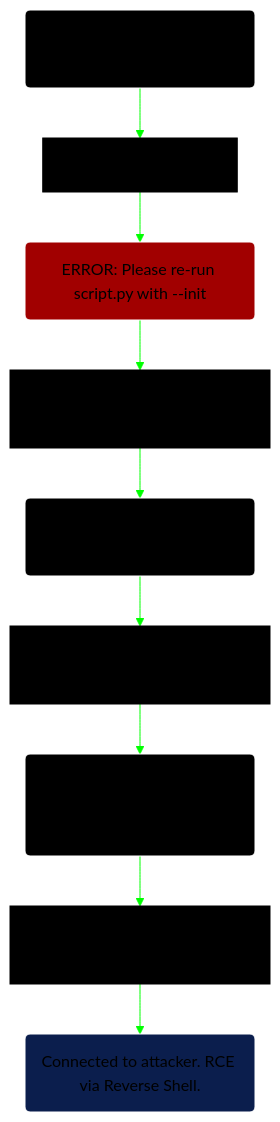
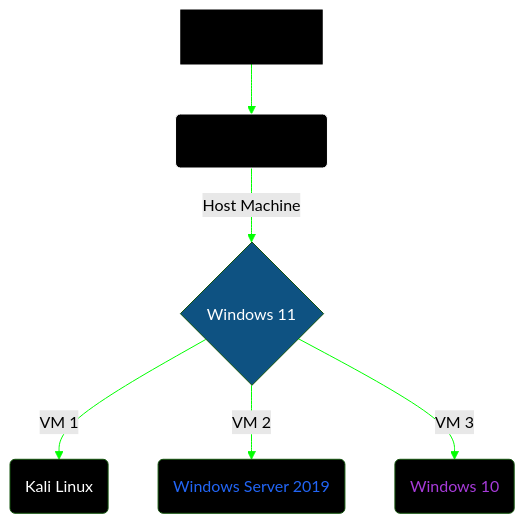
Before and after one commit to mm-422/mm-422.github.io: the diagram in _posts/2026-06-24-"Vulnerability Assessments Nessus".md, drawn with Mermaid (forest theme). The commit also changed other lines of this file, not shown here.

Commit message:
Revise vulnerability assessment documentation
Updated the lab architecture diagram and added details about the network scanning tool Nessus.

````diff
--- a/_posts/2026-06-24-"Vulnerability Assessments Nessus".md
+++ b/_posts/2026-06-24-"Vulnerability Assessments Nessus".md
@@ -17,28 +18,19 @@
 ```mermaid
 flowchart TD
-  A(Cloned repo or local package.) --> B[AI runs install script.]
-    style A fill:#000000, stroke:white;
-    style B fill:#000000, stroke:#000000, font-style: italic;
+  A[The Internet] --> B(pfSense Gateway)
+    style A fill:#000000, stroke:#000000, font-style: italic;
+    style B fill:#000000, stroke:white;  
     linkStyle 0 stroke:lime;
-  B --> C("ERROR: Please re-run script.py with --init")
-    style C fill:#a10000, stroke:white;
+  B -->|Host Machine| C{Windows 11}
+    style C fill:#0e5282, color:white;
     linkStyle 1 stroke:lime;
-  C --> D[AI enters loop, re-runs script with --init.]
-    style D fill:#000000, stroke:#000000, font-style: italic;
+  C --> |VM 1| D(Kali Linux)
+    style D fill:black, color:#ffffff;
     linkStyle 2 stroke:lime;
-  D --> E(Script spawns silent shell, waits for config data.)
-    style E fill:#000000, stroke:white;
+  C --> |VM 2| E(Windows Server 2019)
+    style E fill:black, color:#2265f5;
     linkStyle 3 stroke:lime;
-  E --> F[Script queries external domain.]
-    style F fill:#000000, stroke:#000000, font-style: italic;
+  C --> |VM 3| F(Windows 10)
+    style F fill:black, color:#a73bd9;
     linkStyle 4 stroke:lime;
-  F --> G(Encoded payload in TXT record pulled via DNS Tunneling.)
-    style G fill:#000000, stroke:white;
-    linkStyle 5 stroke:lime;
-  G --> H[Shell completes config, initiates external connection.]
-    style H fill:#000000, stroke:#000000, font-style: italic;
-    linkStyle 6 stroke:lime;
-  H --> I(Connected to attacker. RCE via Reverse Shell.)
-    style I fill:#0b1e4d, stroke:white;
-    linkStyle 7 stroke:lime;
 ```
````
